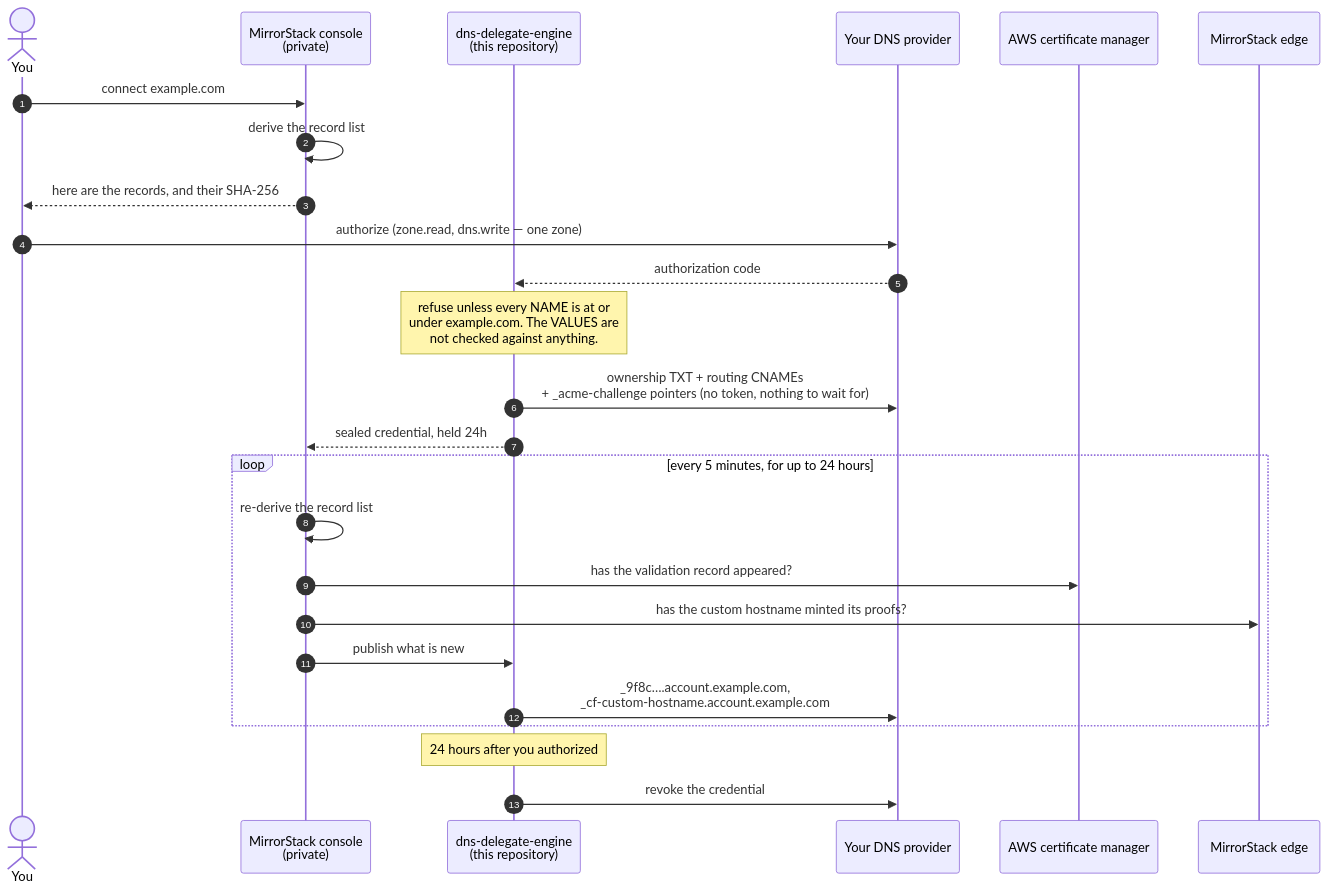
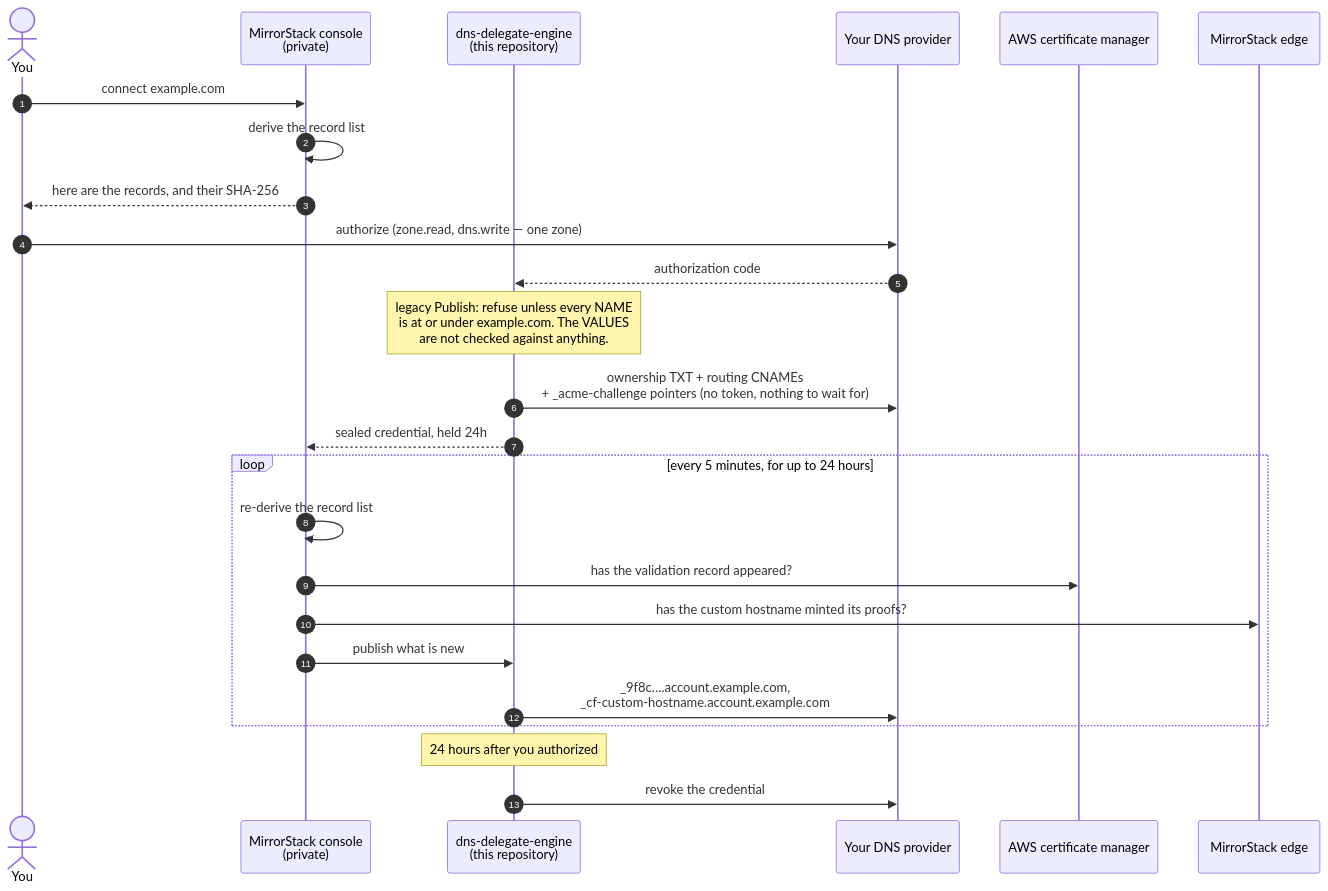
Before and after one commit to mirrorstack-ai/dns-delegate-engine: the first of 4 diagrams in README.md, drawn with Mermaid. The commit also changed other lines of this file and 17 other files, not shown here.

````diff
--- a/README.md
+++ b/README.md
@@ -132,32 +218,32 @@
 ```mermaid
 sequenceDiagram
     autonumber
     actor You
     participant Console as MirrorStack console<br/>(private)
     participant Engine as dns-delegate-engine<br/>(this repository)
     participant CF as Your DNS provider
     participant ACM as AWS certificate manager
     participant Edge as MirrorStack edge
 
     You->>Console: connect example.com
     Console->>Console: derive the record list
     Console-->>You: here are the records, and their SHA-256
 
     You->>CF: authorize (zone.read, dns.write — one zone)
     CF-->>Engine: authorization code
 
-    Note over Engine: refuse unless every NAME is at or<br/>under example.com. The VALUES are<br/>not checked against anything.
+    Note over Engine: legacy Publish: refuse unless every NAME<br/>is at or under example.com. The VALUES<br/>are not checked against anything.
     Engine->>CF: ownership TXT + routing CNAMEs<br/>+ _acme-challenge pointers (no token, nothing to wait for)
     Engine-->>Console: sealed credential, held 24h
 
     loop every 5 minutes, for up to 24 hours
         Console->>Console: re-derive the record list
         Console->>ACM: has the validation record appeared?
         Console->>Edge: has the custom hostname minted its proofs?
         Console->>Engine: publish what is new
         Engine->>CF: _9f8c….account.example.com,<br/>_cf-custom-hostname.account.example.com
     end
 
     Note over Engine: 24 hours after you authorized
     Engine->>CF: revoke the credential
 ```
````
